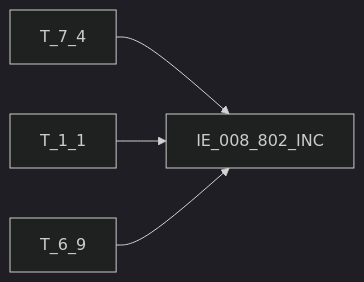
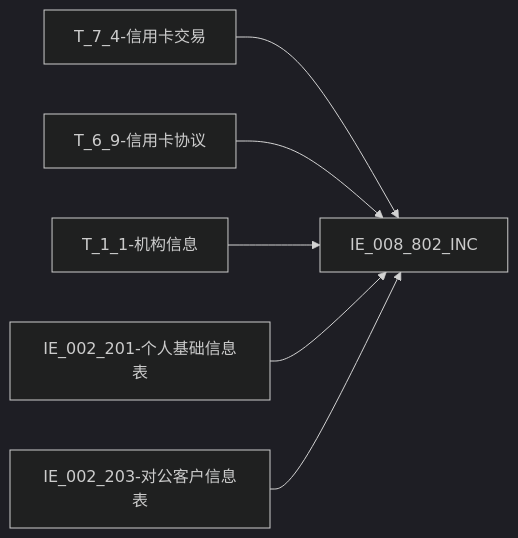
Before and after one commit to zhoujk1989-arch/Obsidian: the diagram in regulatory-data-lab/知识库/血缘/EAST5.0系统/血缘-IE_008_802_INC-信用卡交易明细表-EAST5.0系统.md, drawn with Mermaid (dark theme). The commit also changed other lines of this file and 93 other files, not shown here.

````diff
--- a/regulatory-data-lab/知识库/血缘/EAST5.0系统/血缘-IE_008_802_INC-信用卡交易明细表-EAST5.0系统.md
+++ b/regulatory-data-lab/知识库/血缘/EAST5.0系统/血缘-IE_008_802_INC-信用卡交易明细表-EAST5.0系统.md
@@ -106,6 +120,8 @@
 ```mermaid
 flowchart LR
-    S1["T_7_4"] --> T["IE_008_802_INC"]
-    S2["T_1_1"] --> T["IE_008_802_INC"]
-    S3["T_6_9"] --> T["IE_008_802_INC"]
+    S1["T_7_4-信用卡交易"] --> T["IE_008_802_INC"]
+    S2["T_6_9-信用卡协议"] --> T["IE_008_802_INC"]
+    S3["T_1_1-机构信息"] --> T["IE_008_802_INC"]
+    S4["IE_002_201-个人基础信息表"] --> T["IE_008_802_INC"]
+    S5["IE_002_203-对公客户信息表"] --> T["IE_008_802_INC"]
 ```
````
